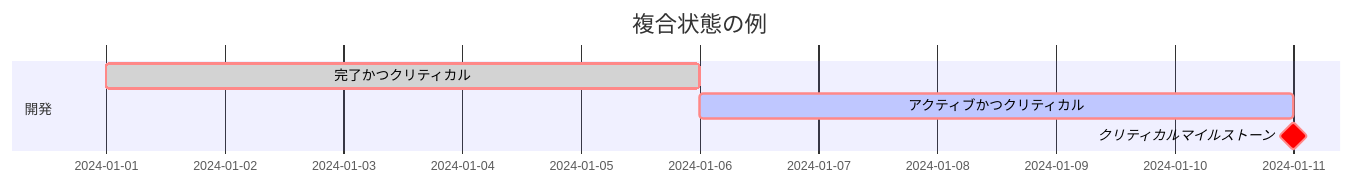
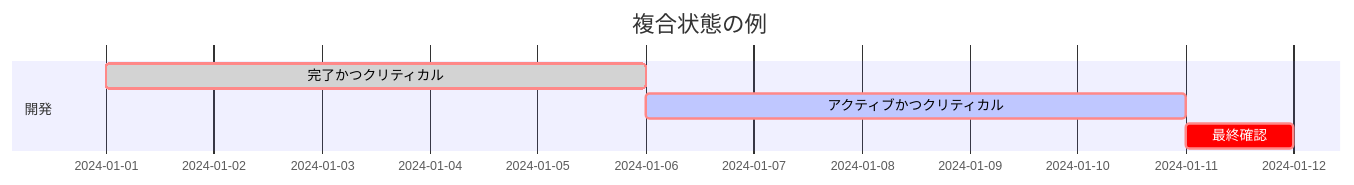
Before and after one commit to iwatsushi/mermaid: the eighth of 13 diagrams in 06_gantt.md, drawn with Mermaid. The commit also changed other lines of this file and 5 other files, not shown here.

````diff
--- a/06_gantt.md
+++ b/06_gantt.md
@@ -133,10 +132,10 @@
 ```mermaid
 gantt
     title 複合状態の例
     dateFormat YYYY-MM-DD
 
     section 開発
     完了かつクリティカル :done, crit, dc1, 2024-01-01, 5d
     アクティブかつクリティカル :active, crit, ac1, after dc1, 5d
-    クリティカルマイルストーン :crit, milestone, m1, after ac1, 0d
+    最終確認 :crit, m1, after ac1, 1d
 ```
````
